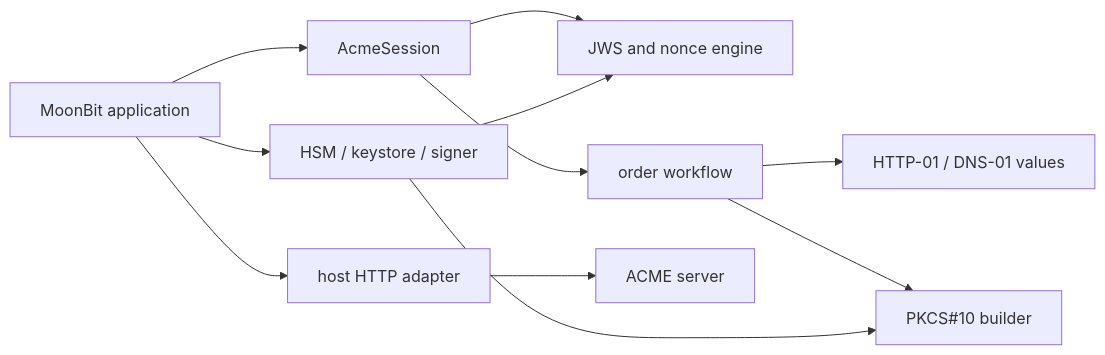
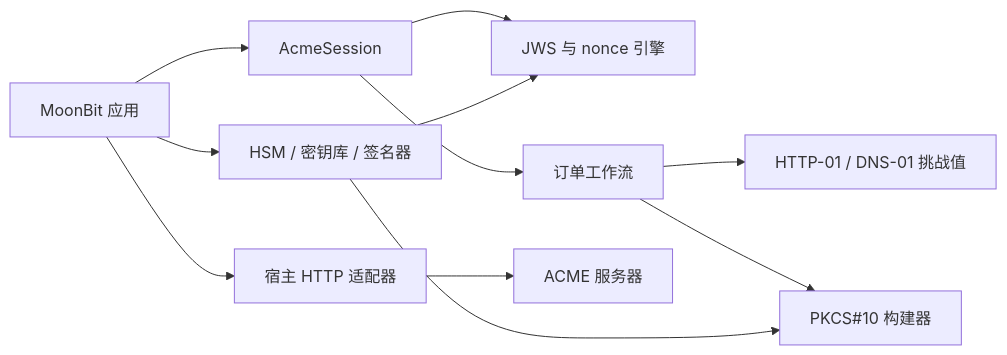
One commit to apoloe4/moonacme changed the diagram in README.mbt.md. Above: the diagram before and after it, drawn with Mermaid. The commit also changed other lines of this file and 1 other file, not shown here.

````diff
--- a/README.mbt.md
+++ b/README.mbt.md
@@ -22,13 +11,13 @@
 ```mermaid
 flowchart LR
-  App[MoonBit application] --> Session[AcmeSession]
-  Session --> JWS[JWS and nonce engine]
-  Session --> Flow[order workflow]
-  Flow --> Challenge[HTTP-01 / DNS-01 values]
-  Flow --> CSR[PKCS#10 builder]
-  App --> Transport[host HTTP adapter]
-  App --> Signer[HSM / keystore / signer]
-  Transport --> CA[ACME server]
+  App[MoonBit 应用] --> Session[AcmeSession]
+  Session --> JWS[JWS 与 nonce 引擎]
+  Session --> Flow[订单工作流]
+  Flow --> Challenge[HTTP-01 / DNS-01 挑战值]
+  Flow --> CSR[PKCS#10 构建器]
+  App --> Transport[宿主 HTTP 适配器]
+  App --> Signer[HSM / 密钥库 / 签名器]
+  Transport --> CA[ACME 服务器]
   Signer --> JWS
   Signer --> CSR
 ```
````
